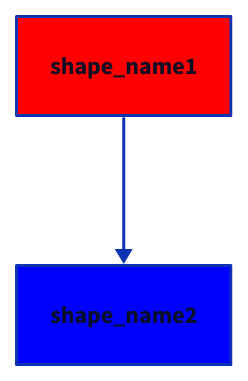
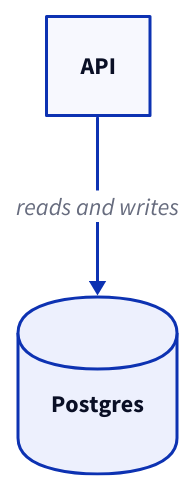
The diagram in README.md (h0rv/d2-python), drawn with D2 before and after one commit. The commit also changed other lines of this file and 6 other files, not shown here.

````diff
--- a/README.md
+++ b/README.md
@@ -42,15 +54,7 @@
 ```d2
-
-shape_name1: {
-  style: {
-    fill: red
-  }
+api: API
+db: Postgres {
+  shape: cylinder
 }
-shape_name2: {
-  style: {
-    fill: blue
-  }
-}
-shape_name1 -> shape_name2
-
+api -> db: reads and writes
 ```
````
